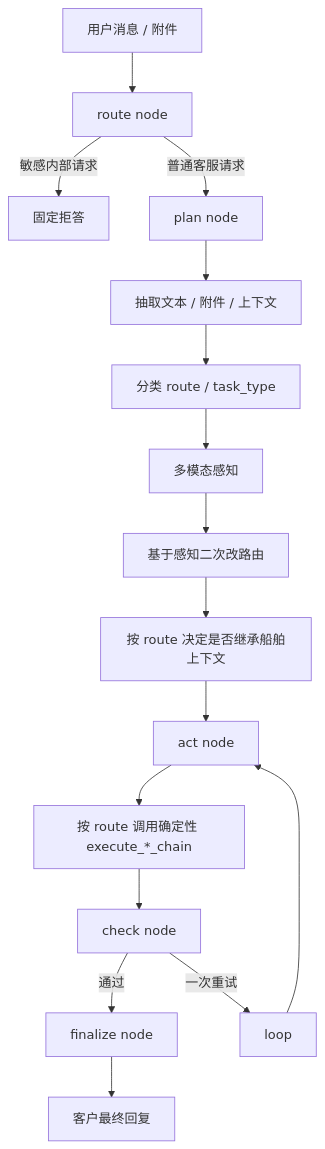
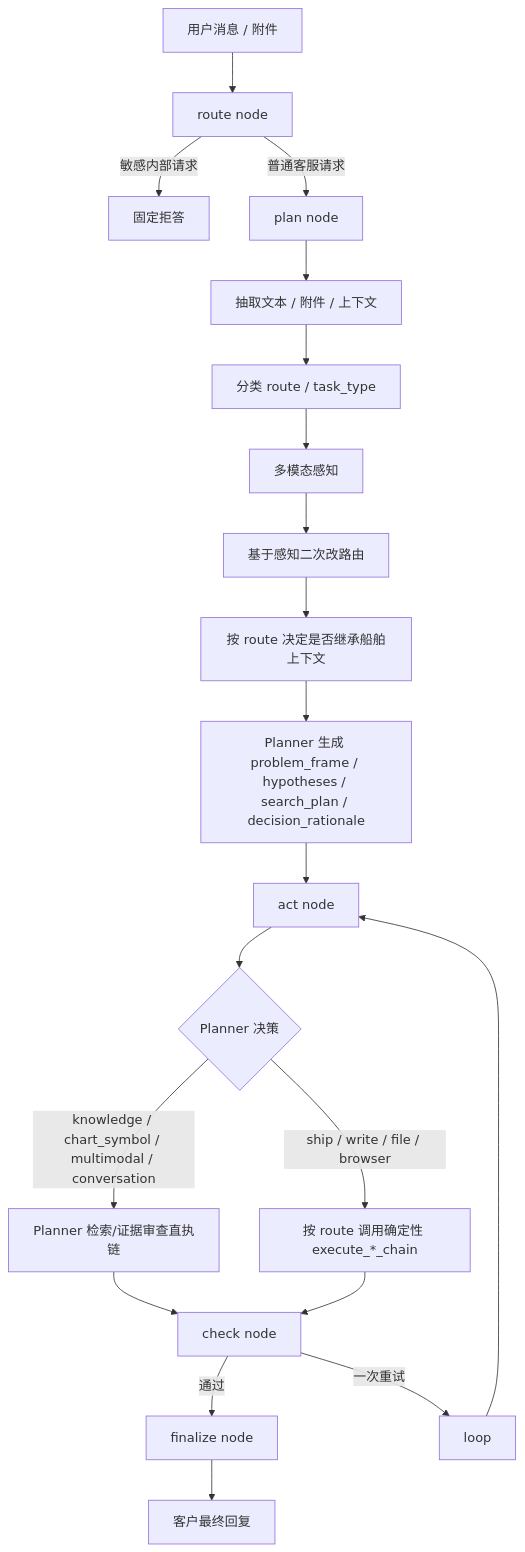
Before and after one commit to lr12338/hifleet-agent: the third of 8 diagrams in docs/AGENT_TECHNICAL_DOCUMENTATION.md, drawn with Mermaid. The commit also changed other lines of this file and 7 other files, not shown here.

````diff
--- a/docs/AGENT_TECHNICAL_DOCUMENTATION.md
+++ b/docs/AGENT_TECHNICAL_DOCUMENTATION.md
@@ -93,18 +93,22 @@
 ```mermaid
 flowchart TD
     Msg[用户消息 / 附件] --> RouteNode[route node]
     RouteNode -->|敏感内部请求| Refuse[固定拒答]
     RouteNode -->|普通客服请求| PlanNode[plan node]
     PlanNode --> Context[抽取文本 / 附件 / 上下文]
     Context --> Intent[分类 route / task_type]
     Intent --> Perception[多模态感知]
     Perception --> Refine[基于感知二次改路由]
     Refine --> Resolve[按 route 决定是否继承船舶上下文]
-    Resolve --> ActNode[act node]
-    ActNode --> Harness[按 route 调用确定性 execute_*_chain]
-    Harness --> CheckNode[check node]
+    Resolve --> Planner[Planner 生成 problem_frame / hypotheses / search_plan / decision_rationale]
+    Planner --> ActNode[act node]
+    ActNode --> Decide{Planner 决策}
+    Decide -->|knowledge / chart_symbol / multimodal / conversation| PlannerExec[Planner 检索/证据审查直执链]
+    Decide -->|ship / write / file / browser| Harness[按 route 调用确定性 execute_*_chain]
+    PlannerExec --> CheckNode[check node]
+    Harness --> CheckNode
     CheckNode -->|通过| Finalize[finalize node]
     CheckNode -->|一次重试| Loop[loop]
     Loop --> ActNode
     Finalize --> Reply[客户最终回复]
 ```
````
